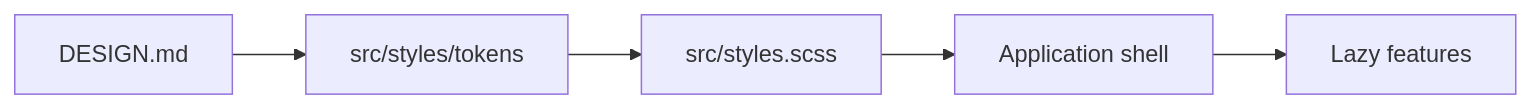
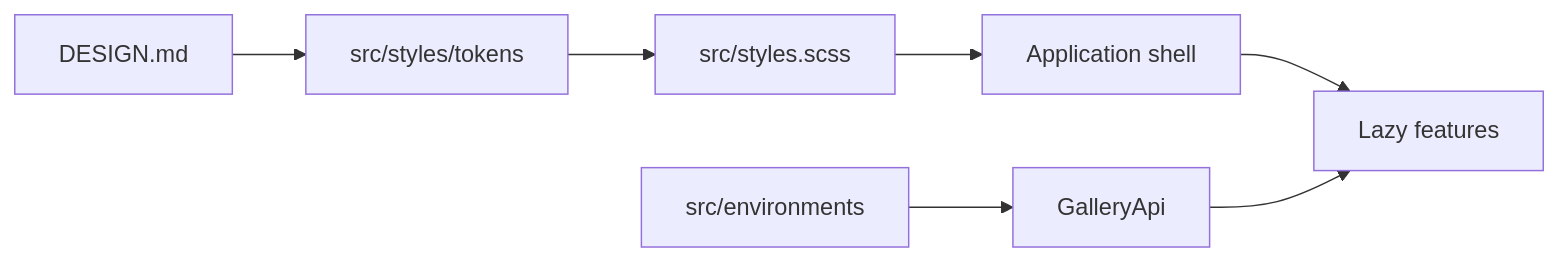
Before and after one commit to Zwezh/media-shelf: the diagram in lode/summary.md, drawn with Mermaid. The commit also changed other lines of this file and 38 other files, not shown here.

````diff
--- a/lode/summary.md
+++ b/lode/summary.md
@@ -14,7 +14,9 @@
 ```mermaid
 flowchart LR
   Design[DESIGN.md] --> Tokens[src/styles/tokens]
   Tokens --> Global[src/styles.scss]
   Global --> Shell[Application shell]
   Shell --> Features[Lazy features]
+  Env[src/environments] --> API[GalleryApi]
+  API --> Features
 ```
````
